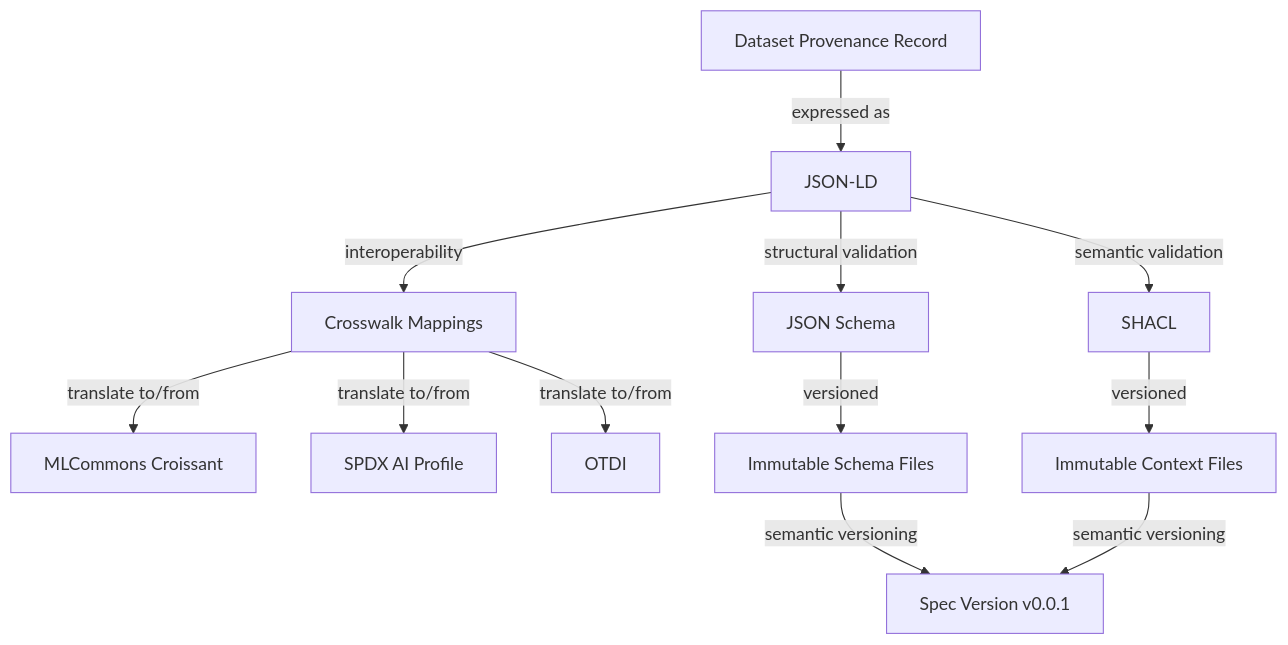
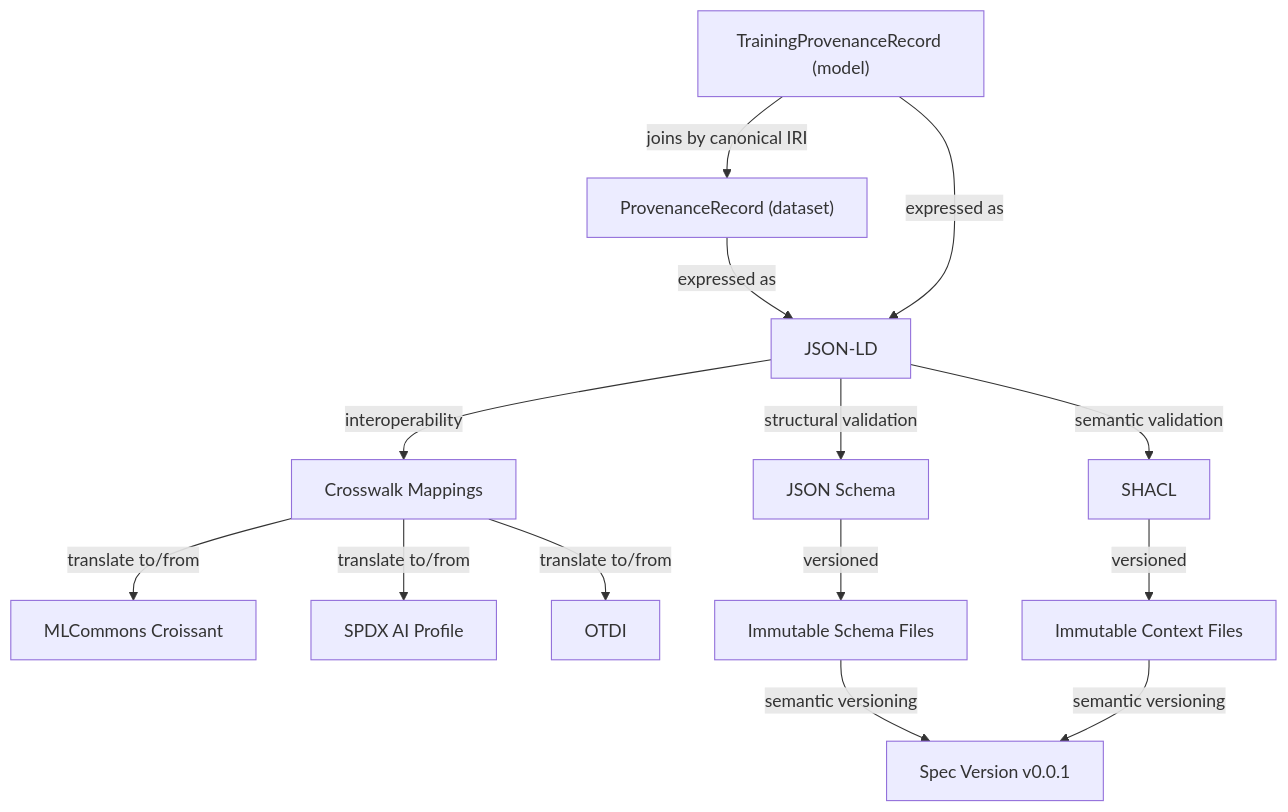
One commit to apache/sourcelume-site changed the diagram in content/pages/specification.md. Above: the diagram before and after it, drawn with Mermaid. The commit also changed other lines of this file and 5 other files, not shown here.

````diff
--- a/content/pages/specification.md
+++ b/content/pages/specification.md
@@ -15,14 +27,16 @@
 ```mermaid
 graph TD
-    A[Dataset Provenance Record] -->|expressed as| B[JSON-LD]
+    A["ProvenanceRecord (dataset)" ] -->|expressed as| B[JSON-LD]
+    T["TrainingProvenanceRecord (model)"] -->|expressed as| B
+    T -->|joins by canonical IRI| A
     B -->|structural validation| C[JSON Schema]
     B -->|semantic validation| D[SHACL]
     B -->|interoperability| E[Crosswalk Mappings]
     E -->|translate to/from| F[MLCommons Croissant]
     E -->|translate to/from| G[SPDX AI Profile]
     E -->|translate to/from| H[OTDI]
     C -->|versioned| I[Immutable Schema Files]
     D -->|versioned| J[Immutable Context Files]
     I -->|semantic versioning| K[Spec Version v0.0.1]
     J -->|semantic versioning| K
 ```
````
